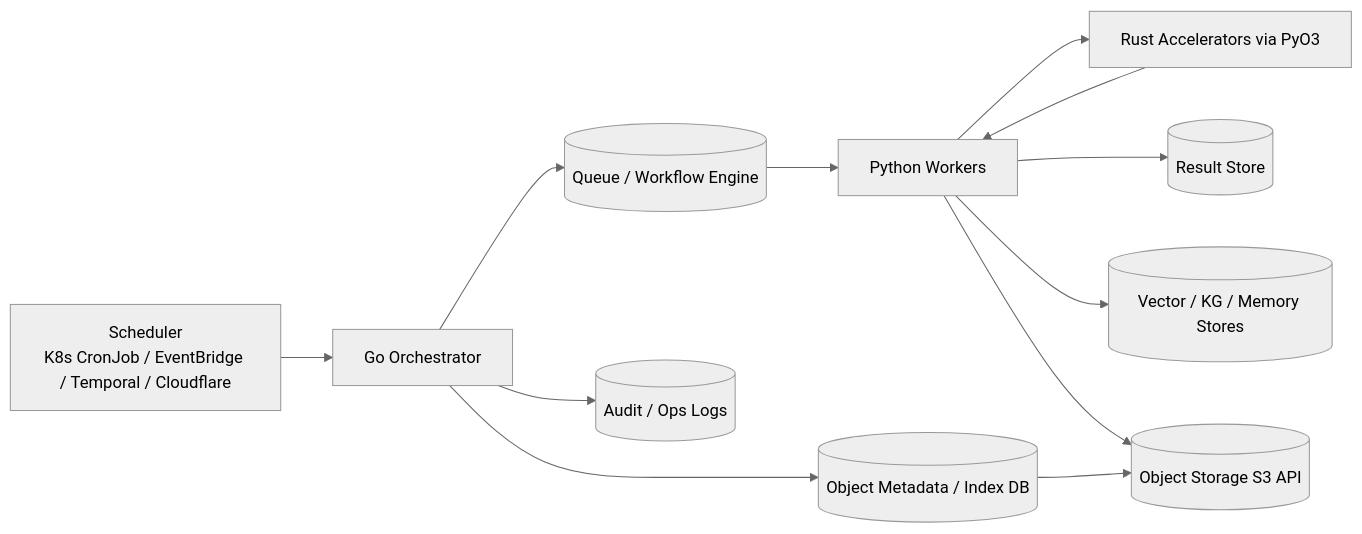
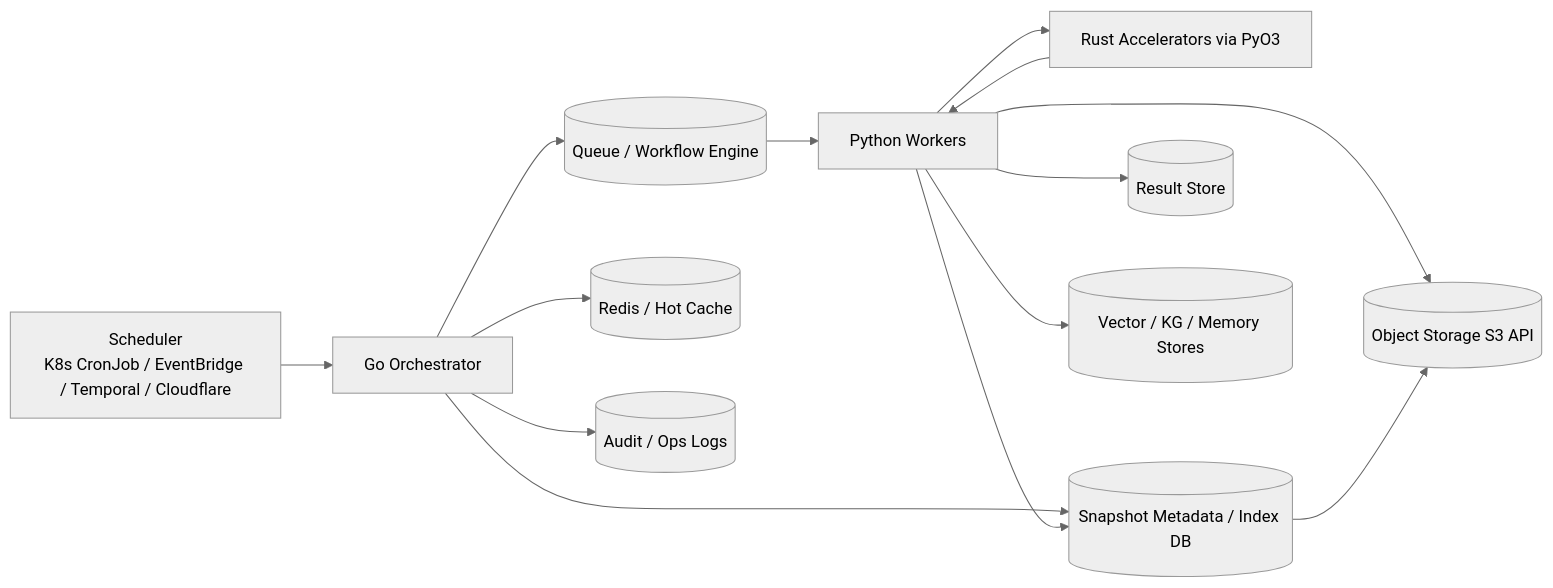
One commit to japorto100/trading-project changed the second of 3 diagrams in docs/specs/ARCHITECTURE.md. Above: the diagram before and after it, drawn with Mermaid (neutral theme). The commit also changed other lines of this file and 1619 other files, not shown here.

````diff
--- a/docs/specs/ARCHITECTURE.md
+++ b/docs/specs/ARCHITECTURE.md
@@ -84,14 +84,16 @@
 ```mermaid
 flowchart LR
     S[Scheduler<br/>K8s CronJob / EventBridge / Temporal / Cloudflare] --> O[Go Orchestrator]
     O --> Q[(Queue / Workflow Engine)]
     Q --> W[Python Workers]
     W --> X[Rust Accelerators via PyO3]
     X --> W
+    O --> RC[(Redis / Hot Cache)]
+    O --> SI[(Snapshot Metadata / Index DB)]
+    W --> OS[(Object Storage S3 API)]
     W --> RS[(Result Store)]
     W --> VC[(Vector / KG / Memory Stores)]
-    W --> OS[(Object Storage S3 API)]
-    O --> M[(Object Metadata / Index DB)]
-    M --> OS
+    W --> SI
+    SI --> OS
     O --> AO[(Audit / Ops Logs)]
 ```
````
